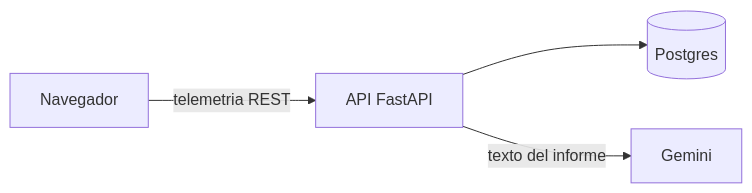
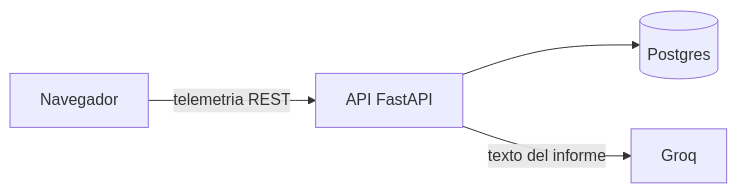
The diagram in README.md (Juan-Camilo-Martinez-B/GuitarCoach_backend), drawn with Mermaid before and after one commit. The commit also changed other lines of this file and 20 other files, not shown here.

First line of the commit message:
feat(guia): guarda el ritmo de la leccion y pasa el tutor a Groq

````diff
--- a/README.md
+++ b/README.md
@@ -23,10 +23,10 @@
 ```mermaid
 flowchart LR
   navegador[Navegador]
   api[API FastAPI]
   db[(Postgres)]
-  tutor[Gemini]
+  tutor[Groq]
   navegador -->|telemetria REST| api
   api --> db
   api -->|texto del informe| tutor
 ```
````
